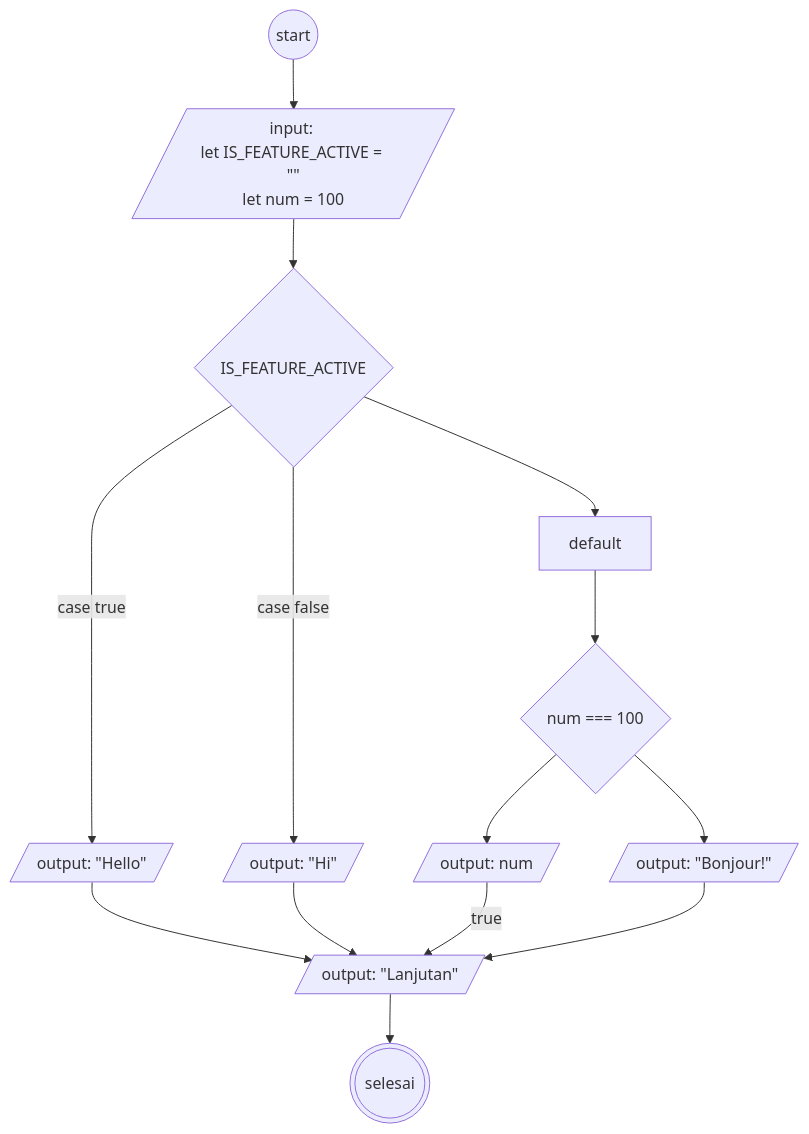
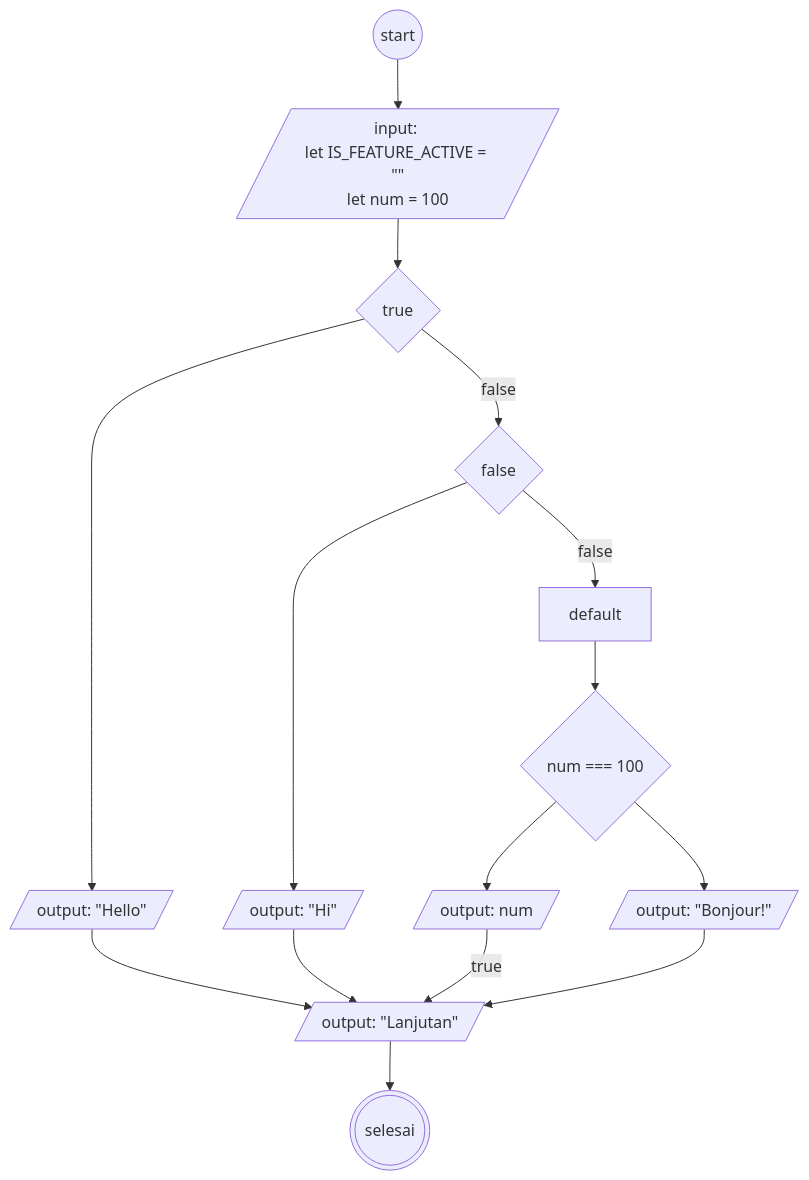
One commit to mslthn/koda-b6-javascript1 changed the diagram in flowchart-switch.md. Above: the diagram before and after it, drawn with Mermaid.

````diff
--- a/flowchart-switch.md
+++ b/flowchart-switch.md
@@ -1,31 +1,34 @@
 ```mermaid
 flowchart TD
 
 start@{shape: circ}
 init@{shape: lean-r, label: "input: 
 let IS_FEATURE_ACTIVE = #quot;#quot;
 let num = 100"}
 
-switch@{shape: diamond, label: "IS_FEATURE_ACTIVE"}
+swT@{shape: diamond, label: "true"}
+swF@{shape: diamond, label: "false"}
 caseT@{shape: lean-r, label: "output: #quot;Hello#quot;"}
 caseF@{shape: lean-r, label: "output: #quot;Hi#quot;"}
 default@{}
 if@{shape: diamond, label: "num === 100"}
 ifT@{shape: lean-r, label: "output: num"}
 else@{shape: lean-r, label: "output: #quot;Bonjour!#quot;"}
 lanjutan@{shape: lean-r, label: "output: #quot;Lanjutan#quot;"}
 selesai@{shape: dbl-circ}
 
-start-->init-->switch
-switch-->|case true| caseT
-switch-->|case false| caseF
-switch-->default
+start-->init
+init-->swT-->caseT
+swT-->|false| swF
+swF-->caseF
+swF-->|false| default
+
 default-->if
 if-->ifT
 if-->else
 caseT-->lanjutan
 caseF-->lanjutan
 ifT-->|true| lanjutan
 else-->lanjutan
 lanjutan-->selesai
 ```
````
